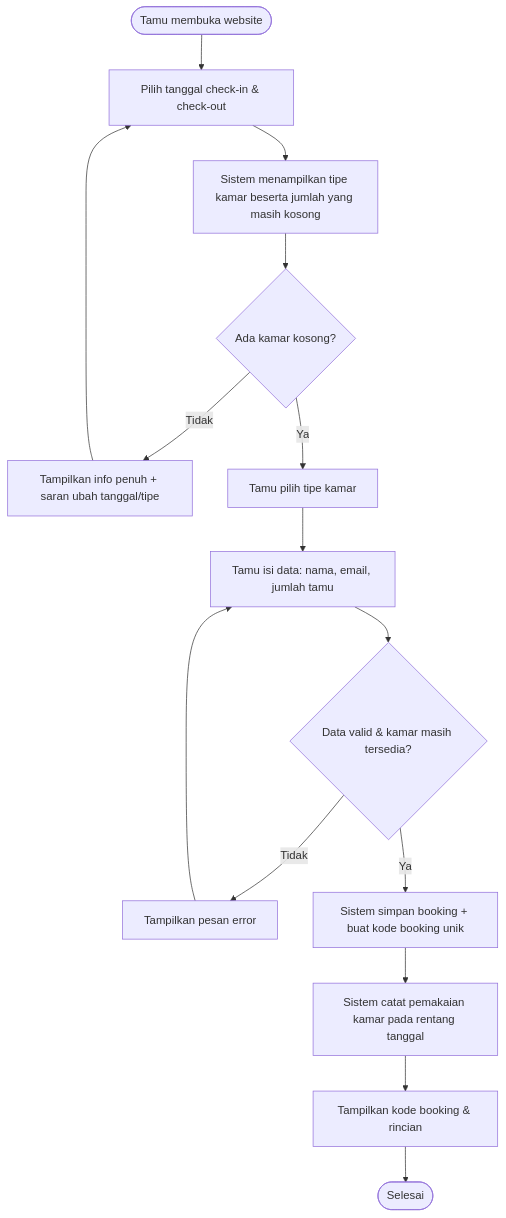
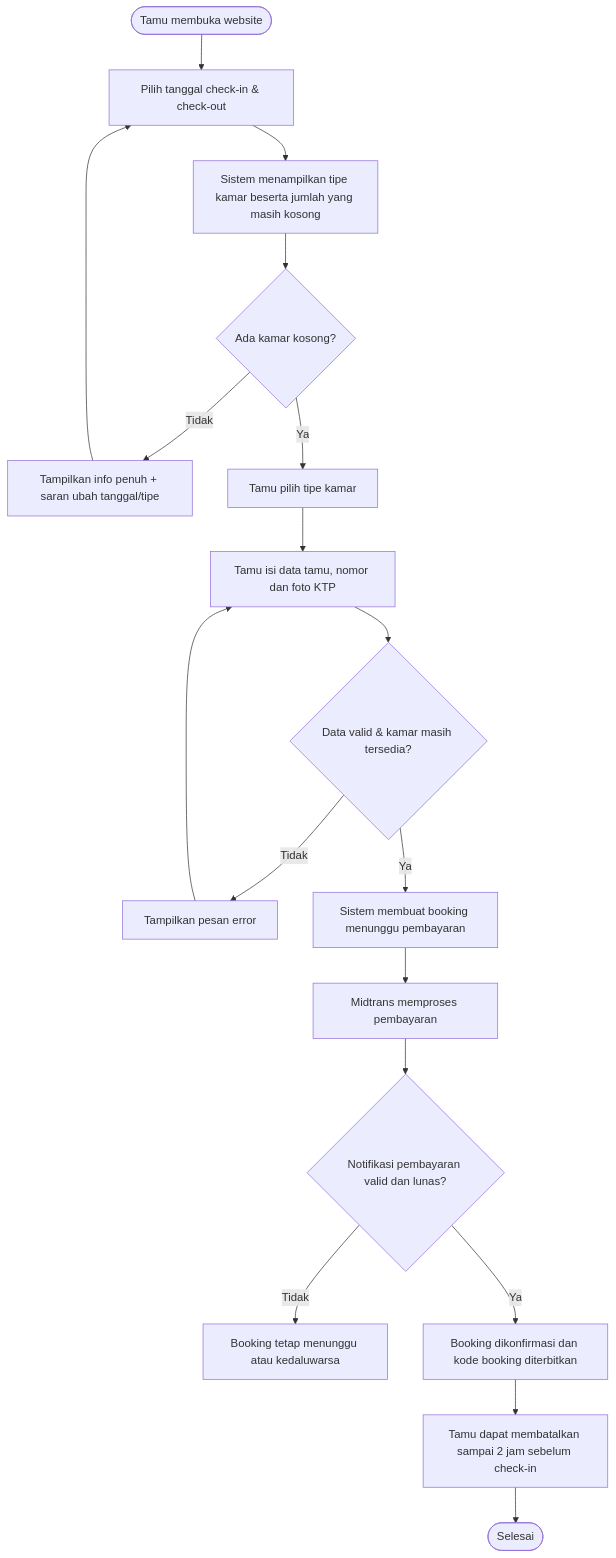
Before and after one commit to rian-33/KamarKu: the first of 4 diagrams in PRD_Hotel_Booking_System.md, drawn with Mermaid. The commit also changed other lines of this file and 59 other files, not shown here.

````diff
--- a/PRD_Hotel_Booking_System.md
+++ b/PRD_Hotel_Booking_System.md
@@ -105,15 +104,18 @@
 ```mermaid
 flowchart TD
     A([Tamu membuka website]) --> B[Pilih tanggal check-in & check-out]
     B --> C[Sistem menampilkan tipe kamar beserta jumlah yang masih kosong]
     C --> D{Ada kamar kosong?}
     D -- Tidak --> E[Tampilkan info penuh + saran ubah tanggal/tipe] --> B
     D -- Ya --> F[Tamu pilih tipe kamar]
-    F --> G[Tamu isi data: nama, email, jumlah tamu]
+    F --> G[Tamu isi data tamu, nomor dan foto KTP]
     G --> H{Data valid & kamar masih tersedia?}
     H -- Tidak --> I[Tampilkan pesan error] --> G
-    H -- Ya --> J[Sistem simpan booking + buat kode booking unik]
-    J --> K[Sistem catat pemakaian kamar pada rentang tanggal]
-    K --> L[Tampilkan kode booking & rincian]
-    L --> M([Selesai])
+    H -- Ya --> J[Sistem membuat booking menunggu pembayaran]
+    J --> K[Midtrans memproses pembayaran]
+    K --> L{Notifikasi pembayaran valid dan lunas?}
+    L -- Tidak --> N[Booking tetap menunggu atau kedaluwarsa]
+    L -- Ya --> O[Booking dikonfirmasi dan kode booking diterbitkan]
+    O --> P[Tamu dapat membatalkan sampai 2 jam sebelum check-in]
+    P --> M([Selesai])
 ```
````
